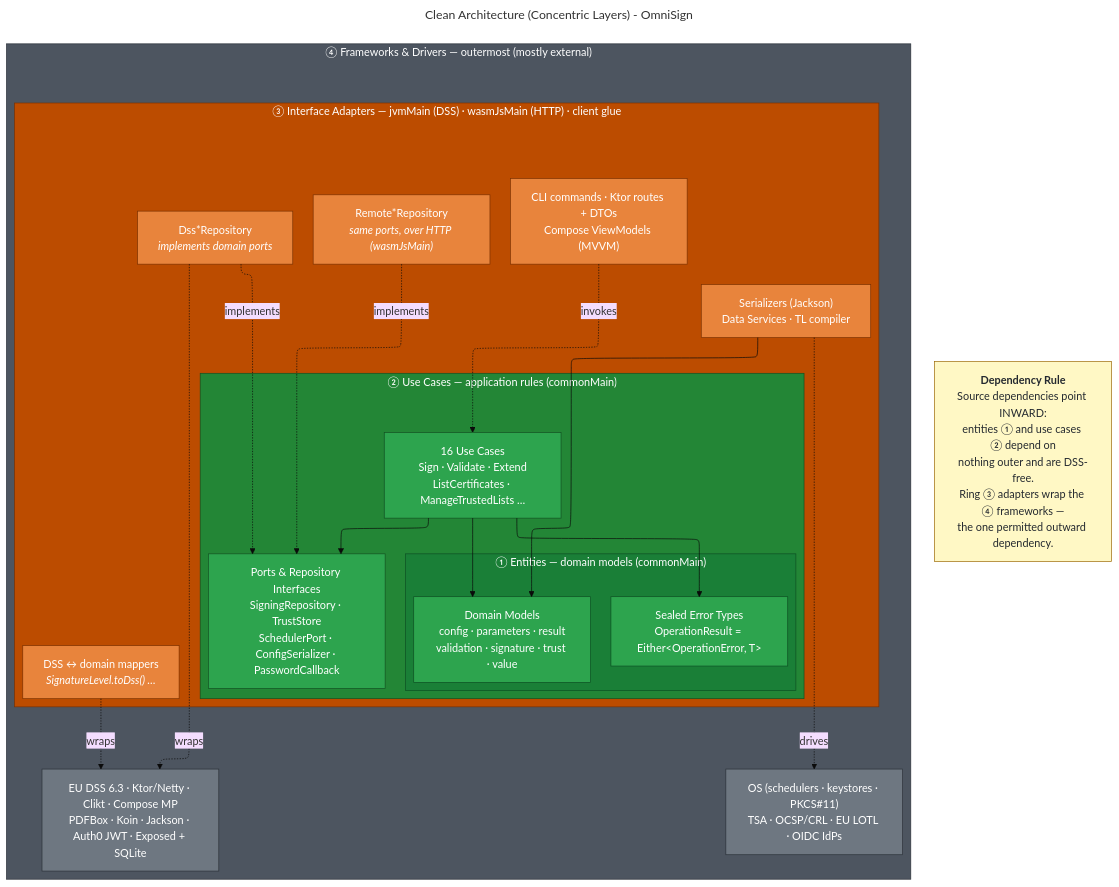
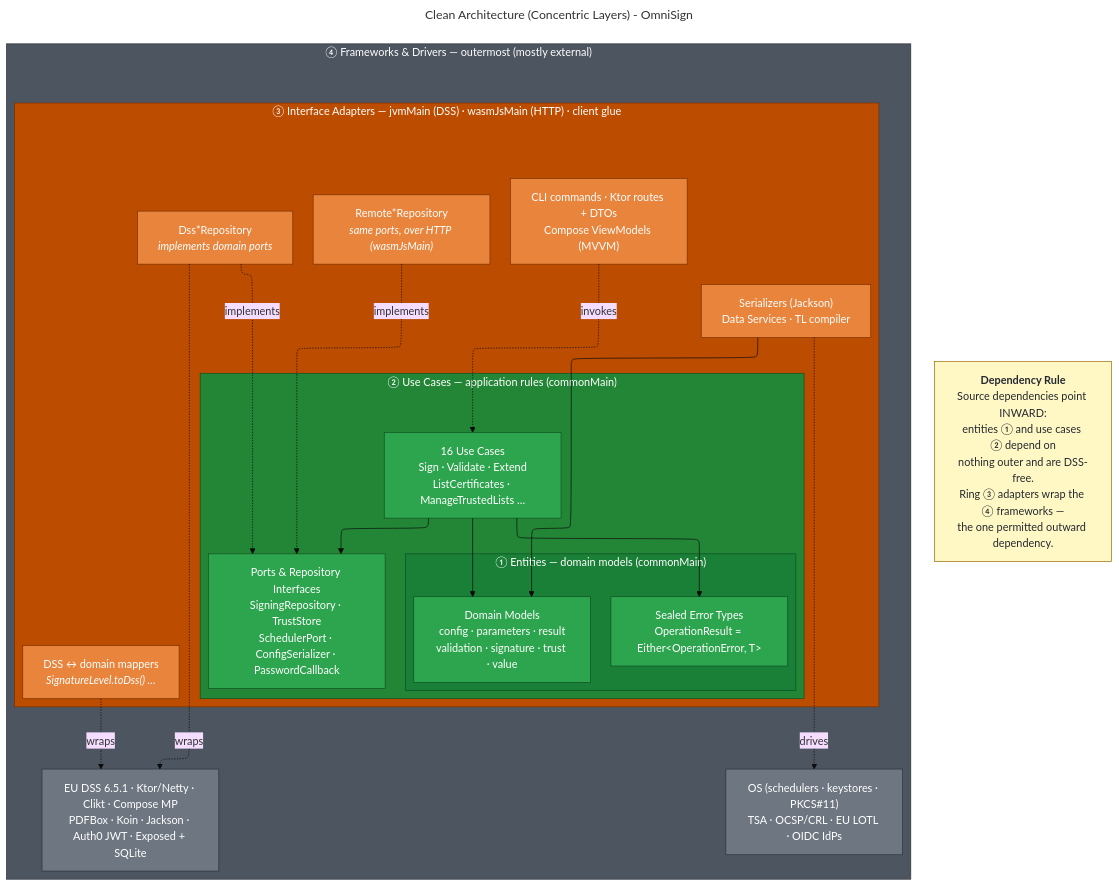
Before and after one commit to pizavo/omnisign: the diagram in docs/diagrams/clean-architecture.mmd, drawn with Mermaid (base theme). The commit also changed 69 other files, not shown here.

```diff
--- a/docs/diagrams/clean-architecture.mmd
+++ b/docs/diagrams/clean-architecture.mmd
@@ -1,61 +1,61 @@
 ---
 title: Clean Architecture (Concentric Layers) - OmniSign
 config:
   layout: elk
 ---
 graph TB
     subgraph L4["④ Frameworks &amp; Drivers   —   outermost (mostly external)"]
-        FW["EU DSS 6.3 · Ktor/Netty · Clikt · Compose MP<br/>PDFBox · Koin · Jackson · Auth0 JWT · Exposed + SQLite"]
+        FW["EU DSS 6.5.1 · Ktor/Netty · Clikt · Compose MP<br/>PDFBox · Koin · Jackson · Auth0 JWT · Exposed + SQLite"]
         DRV["OS (schedulers · keystores · PKCS#11)<br/>TSA · OCSP/CRL · EU LOTL · OIDC IdPs"]
 
         subgraph L3["③ Interface Adapters   —   jvmMain (DSS) · wasmJsMain (HTTP) · client glue"]
             DSSREPO["`Dss*Repository<br/>*implements domain ports*`"]
             REMOTE["`Remote*Repository<br/>*same ports, over HTTP (wasmJsMain)*`"]
             MAP["`DSS ↔ domain mappers<br/>*SignatureLevel.toDss() …*`"]
             SER["Serializers (Jackson)<br/>Data Services · TL compiler"]
             DELIVERY["CLI commands · Ktor routes + DTOs<br/>Compose ViewModels (MVVM)"]
 
             subgraph L2["② Use Cases   —   application rules (commonMain)"]
                 UC["16 Use Cases<br/>Sign · Validate · Extend<br/>ListCertificates · ManageTrustedLists …"]
                 PORTS["Ports &amp; Repository Interfaces<br/>SigningRepository · TrustStore<br/>SchedulerPort · ConfigSerializer · PasswordCallback"]
 
                 subgraph L1["① Entities — domain models (commonMain)"]
                     MODELS["Domain Models<br/>config · parameters · result<br/>validation · signature · trust · value"]
                     ERR["Sealed Error Types<br/>OperationResult = Either&lt;OperationError, T&gt;"]
                 end
             end
         end
     end
 
     NOTE["`**Dependency Rule**<br/>Source dependencies point INWARD:<br/>entities ① and use cases ② depend on<br/>nothing outer and are DSS-free.<br/>Ring ③ adapters wrap the ④ frameworks —<br/>the one permitted outward dependency.`"]
 
     %% Inward dependencies (outer depends on inner)
     UC --> MODELS
     UC --> ERR
     UC --> PORTS
     DELIVERY -.->|"invokes"| UC
     DSSREPO -.->|"implements"| PORTS
     REMOTE -.->|"implements"| PORTS
     SER --> MODELS
 
     %% Single outward boundary: adapters wrap external frameworks
     DSSREPO -.->|"wraps"| FW
     MAP -.->|"wraps"| FW
     SER -.->|"drives"| DRV
 
     style L1 fill:#1a7f37,stroke:#0d4f22,color:#fff
     style L2 fill:#238636,stroke:#125021,color:#fff
     style L3 fill:#bc4c00,stroke:#7a3100,color:#fff
     style L4 fill:#4d5560,stroke:#2b3138,color:#fff
 
     classDef entity fill:#2da44e,stroke:#0d4f22,color:#fff;
     classDef usecase fill:#2da44e,stroke:#125021,color:#fff;
     classDef adapter fill:#e8843c,stroke:#7a3100,color:#fff;
     classDef framework fill:#6e7781,stroke:#2b3138,color:#fff;
     classDef note fill:#fff8c5,stroke:#9a6700,color:#24292f;
 
     class MODELS,ERR entity;
     class UC,PORTS usecase;
     class DSSREPO,REMOTE,MAP,SER,DELIVERY adapter;
     class FW,DRV framework;
     class NOTE note;
```
